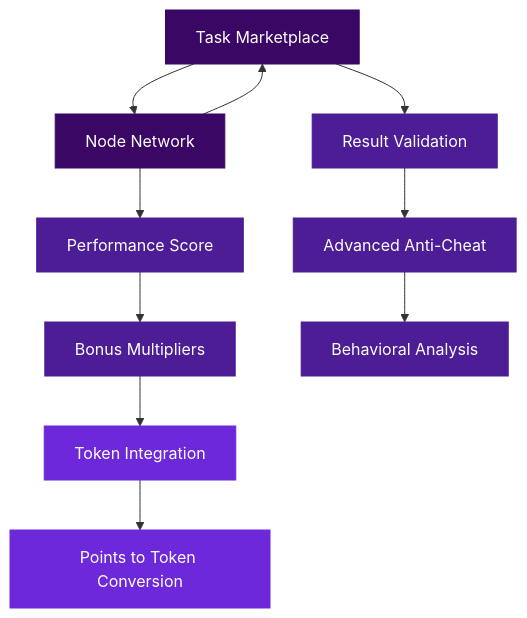
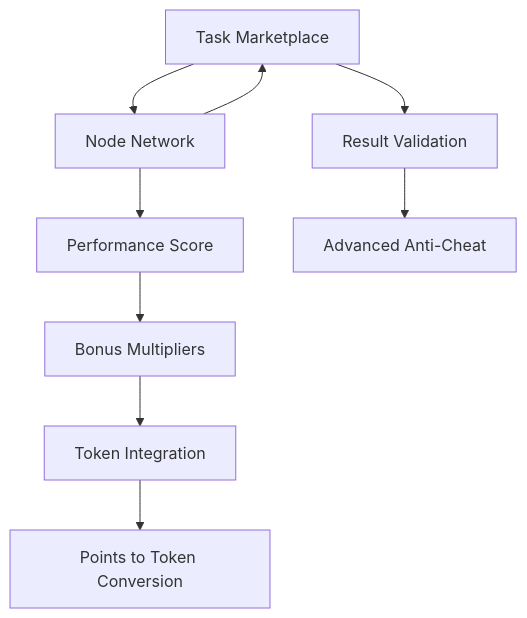
The fourth of 6 diagrams in roadmap.md (Nexora-Node/Docs), drawn with Mermaid before and after one commit. The commit also changed other lines of this file and 5 other files, not shown here.

Commit message:
docs: remove all custom styles, simplify diagrams for clean GitBook render

````diff
--- a/roadmap.md
+++ b/roadmap.md
@@ -114,22 +95,11 @@
 ```mermaid
 graph TD
     A[Task Marketplace] --> B[Node Network]
     B --> A
     B --> C[Performance Score]
     C --> D[Bonus Multipliers]
     A --> E[Result Validation]
     E --> F[Advanced Anti-Cheat]
-    F --> G[Behavioral Analysis]
-    D --> H[Token Integration]
-    H --> I[Points to Token Conversion]
-
-    style A fill:#3b0764,stroke:#3b0764,color:#fff
-    style B fill:#3b0764,stroke:#3b0764,color:#fff
-    style C fill:#4c1d95,stroke:#4c1d95,color:#fff
-    style D fill:#4c1d95,stroke:#4c1d95,color:#fff
-    style E fill:#4c1d95,stroke:#4c1d95,color:#fff
-    style F fill:#4c1d95,stroke:#4c1d95,color:#fff
-    style G fill:#4c1d95,stroke:#4c1d95,color:#fff
-    style H fill:#6d28d9,stroke:#6d28d9,color:#fff
-    style I fill:#6d28d9,stroke:#6d28d9,color:#fff
+    D --> G[Token Integration]
+    G --> H[Points to Token Conversion]
 ```
````
